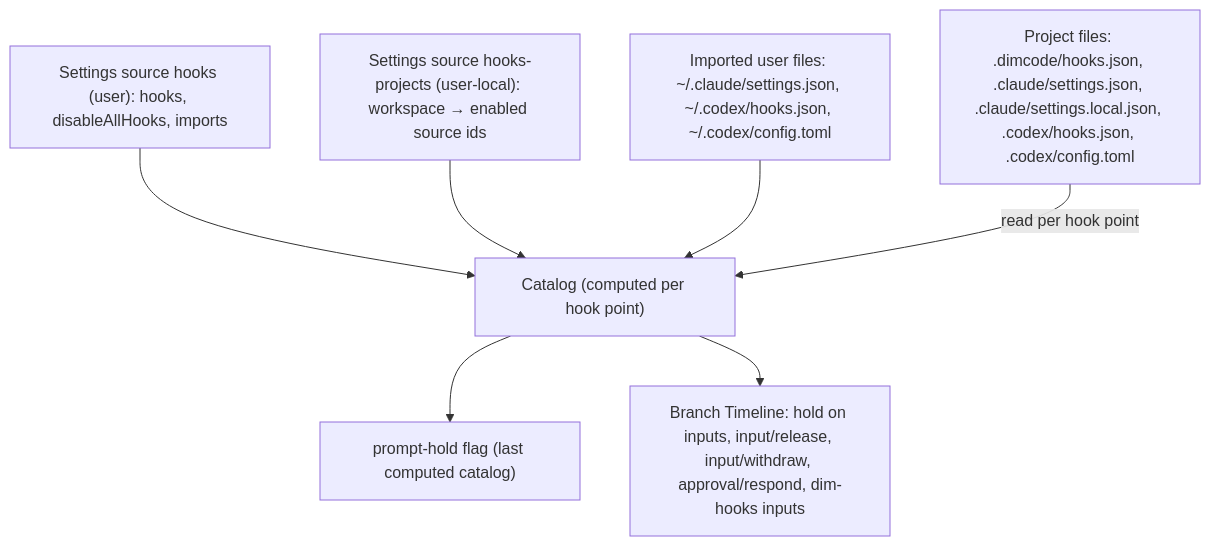
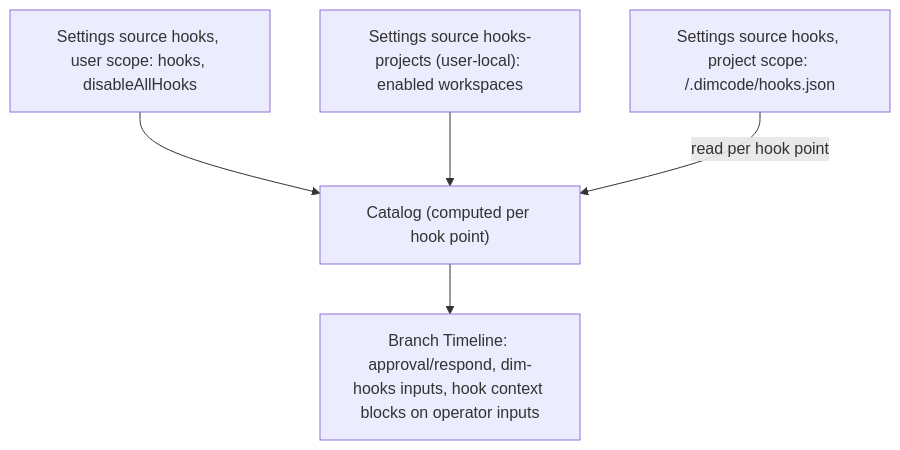
One commit to CoutinhoTTS/dim-agent changed the second of 6 diagrams in docs/design/plugins/Hooks.md. Above: the diagram before and after it, drawn with Mermaid. The commit also changed other lines of this file and 3 other files, not shown here.

````diff
--- a/docs/design/plugins/Hooks.md
+++ b/docs/design/plugins/Hooks.md
@@ -88,16 +87,12 @@
 ```mermaid
 flowchart TB
-  User["Settings source hooks (user): hooks, disableAllHooks, imports"]
-  Enable["Settings source hooks-projects (user-local): workspace → enabled source ids"]
-  Compat["Imported user files: ~/.claude/settings.json, ~/.codex/hooks.json, ~/.codex/config.toml"]
-  Proj["Project files: .dimcode/hooks.json, .claude/settings.json, .claude/settings.local.json, .codex/hooks.json, .codex/config.toml"]
+  User["Settings source hooks, user scope: hooks, disableAllHooks"]
+  Proj["Settings source hooks, project scope: <workspace>/.dimcode/hooks.json"]
+  Enable["Settings source hooks-projects (user-local): enabled workspaces"]
   Cat["Catalog (computed per hook point)"]
-  Snap["prompt-hold flag (last computed catalog)"]
-  TL["Branch Timeline: hold on inputs, input/release, input/withdraw, approval/respond, dim-hooks inputs"]
+  TL["Branch Timeline: approval/respond, dim-hooks inputs, hook context blocks on operator inputs"]
   User --> Cat
   Enable --> Cat
-  Compat --> Cat
   Proj -->|"read per hook point"| Cat
-  Cat --> Snap
   Cat --> TL
 ```
````
